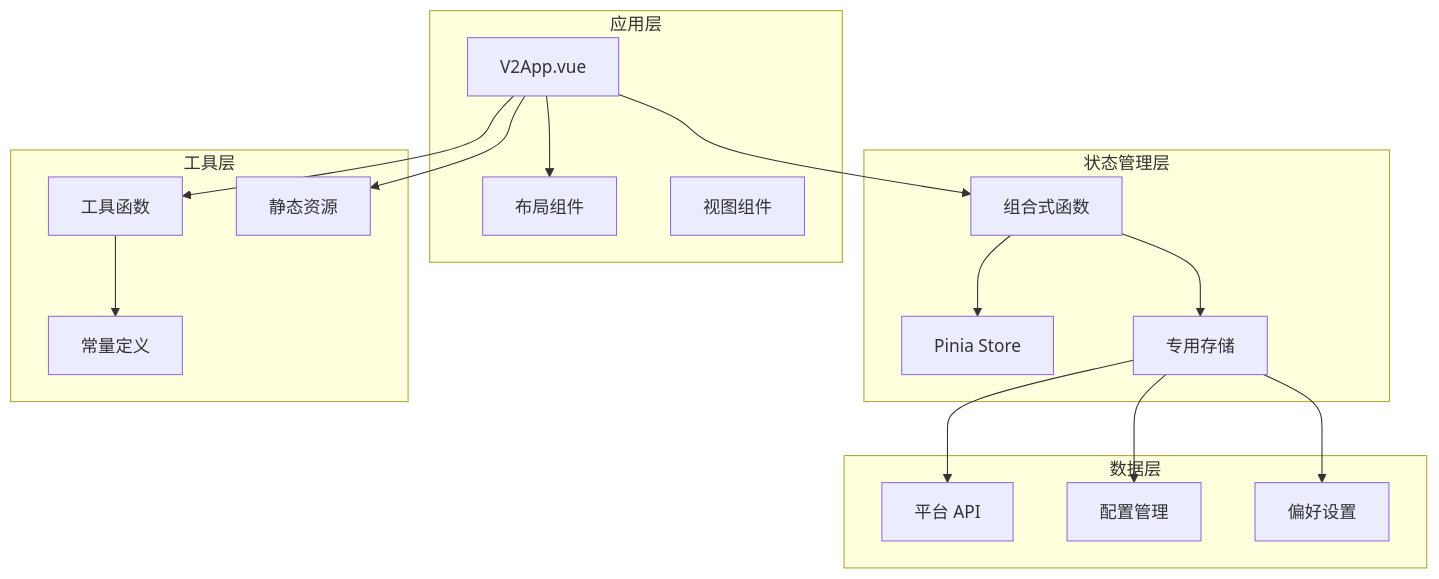
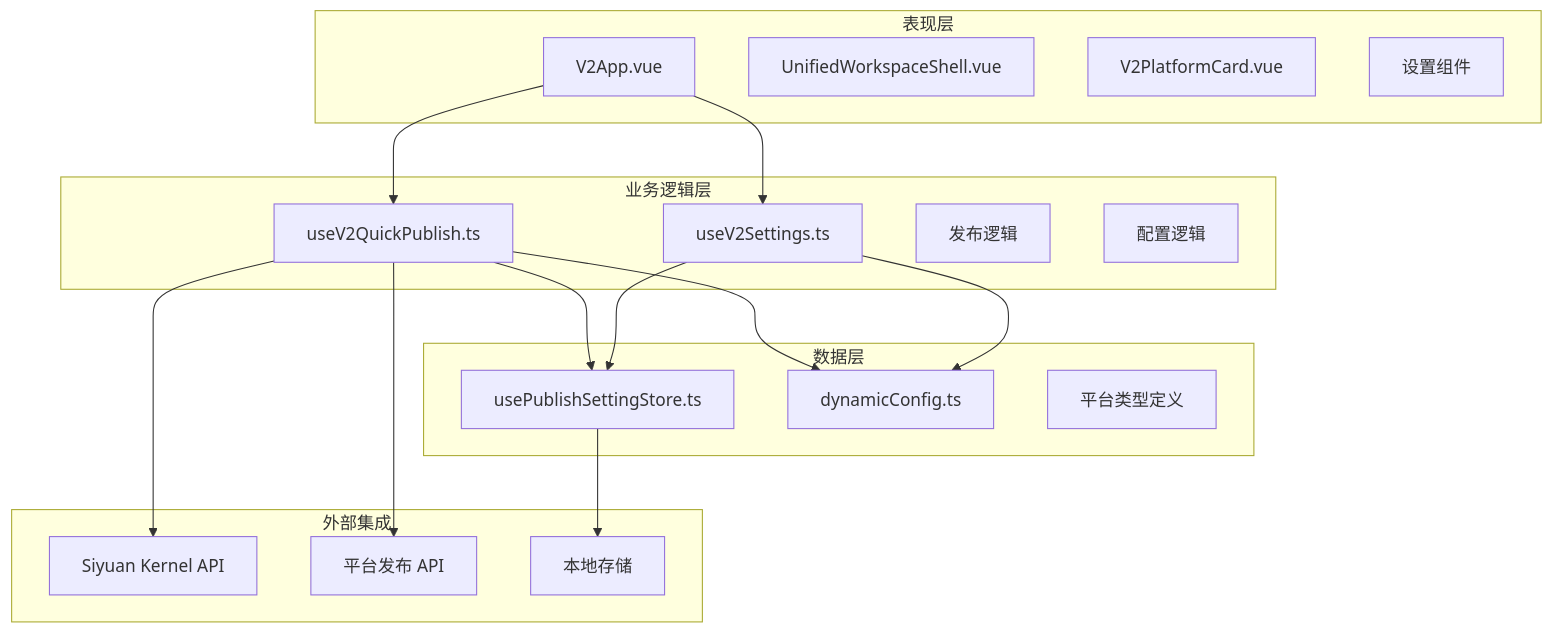
Before and after one commit to terwer/siyuan-plugin-publisher: the fourth of 10 diagrams in .qoder/repowiki/zh/content/用户界面组件/页面组件/V2 应用根组件.md, drawn with Mermaid. The commit also changed other lines of this file and 16 other files, not shown here.

````diff
--- a/.qoder/repowiki/zh/content/用户界面组件/页面组件/V2 应用根组件.md
+++ b/.qoder/repowiki/zh/content/用户界面组件/页面组件/V2 应用根组件.md
@@ -138,33 +174,34 @@
 ```mermaid
 graph TD
-subgraph "应用层"
+subgraph "表现层"
 V2App[V2App.vue]
-Layout[布局组件]
-Views[视图组件]
+Layout[UnifiedWorkspaceShell.vue]
+Cards[V2PlatformCard.vue]
+Settings[设置组件]
 end
-subgraph "状态管理层"
-Pinia[Pinia Store]
-Composables[组合式函数]
-Stores[专用存储]
+subgraph "业务逻辑层"
+QuickPub[useV2QuickPublish.ts]
+SettingsFn[useV2Settings.ts]
+PublishLogic[发布逻辑]
+ConfigLogic[配置逻辑]
 end
 subgraph "数据层"
-API[平台 API]
-Config[配置管理]
-Preferences[偏好设置]
+Store[usePublishSettingStore.ts]
+DynConfig[dynamicConfig.ts]
+PlatformTypes[平台类型定义]
 end
-subgraph "工具层"
-Utils[工具函数]
-Constants[常量定义]
-Assets[静态资源]
+subgraph "外部集成"
+SiyuanAPI[Siyuan Kernel API]
+PlatformAPI[平台发布 API]
+Storage[本地存储]
 end
-V2App --> Layout
-V2App --> Composables
-Composables --> Pinia
-Composables --> Stores
-Stores --> API
-Stores --> Config
-Stores --> Preferences
-V2App --> Utils
-Utils --> Constants
-V2App --> Assets
+V2App --> QuickPub
+V2App --> SettingsFn
+QuickPub --> Store
+SettingsFn --> Store
+QuickPub --> DynConfig
+SettingsFn --> DynConfig
+QuickPub --> SiyuanAPI
+QuickPub --> PlatformAPI
+Store --> Storage
 ```
````
